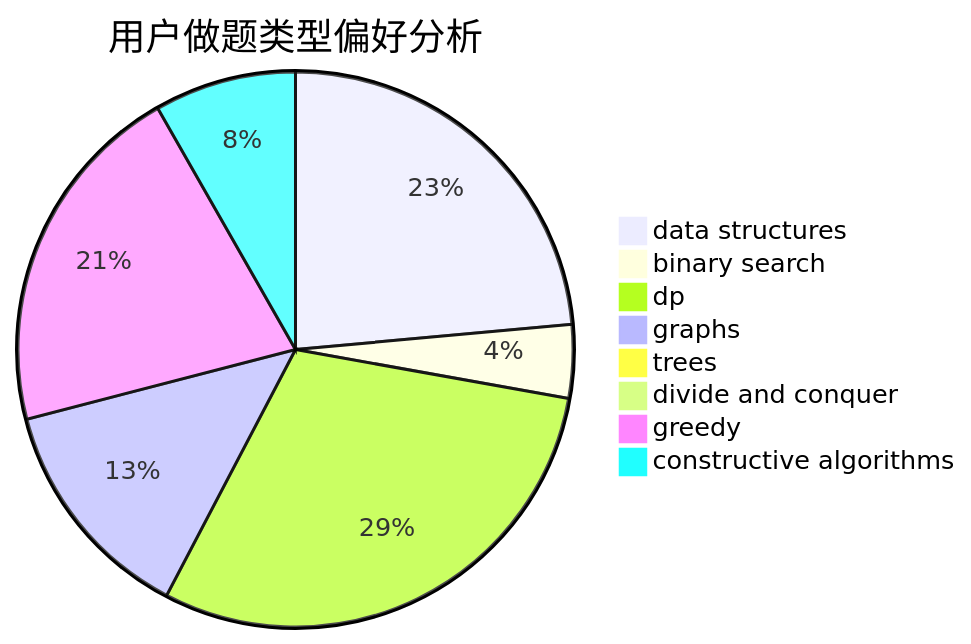
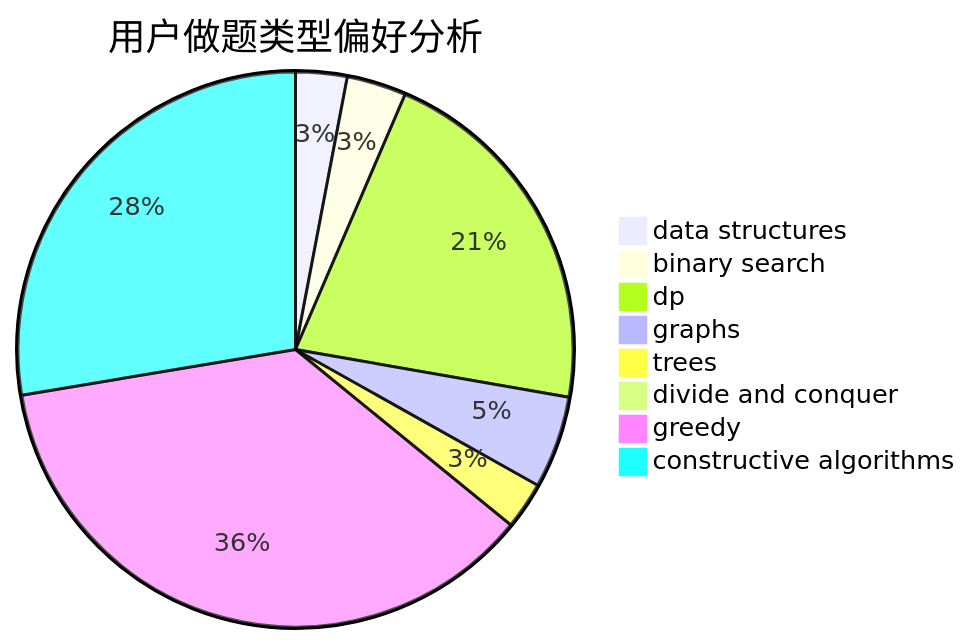
Before and after one commit to sherpahu/cfrs.github.io: the second of 3 diagrams in docs/user/u224.md, drawn with Mermaid. The commit also changed other lines of this file and 2770 other files, not shown here.

````diff
--- a/docs/user/u224.md
+++ b/docs/user/u224.md
@@ -23,11 +23,11 @@
 ```mermaid
 pie title 用户做题类型偏好分析
-    "data structures" :  408
-    "binary search" :  74
-    "dp" :  517
-    "graphs" :  230
-    "trees" :  16
-    "divide and conquer" :  8
-    "greedy" :  360
-    "constructive algorithms" :  143
+    "data structures" :  25
+    "binary search" :  29
+    "dp" :  178
+    "graphs" :  45
+    "trees" :  23
+    "divide and conquer" :  2
+    "greedy" :  305
+    "constructive algorithms" :  231
 ```
````
